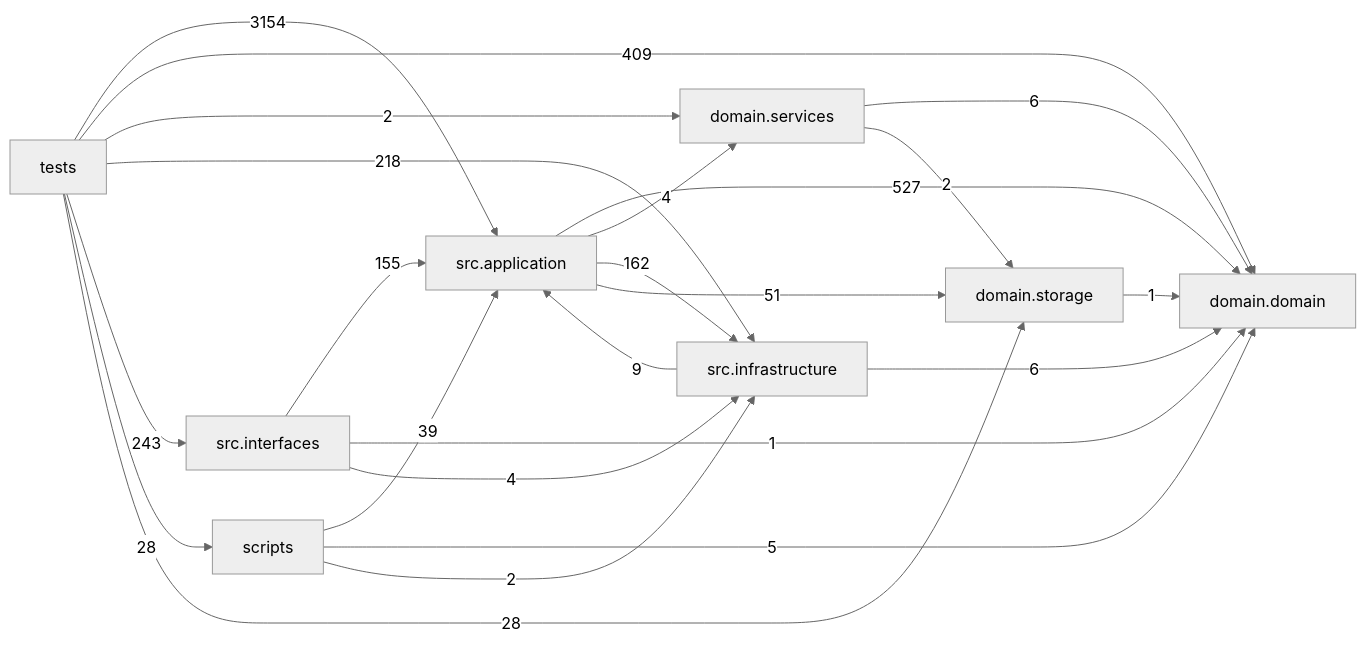
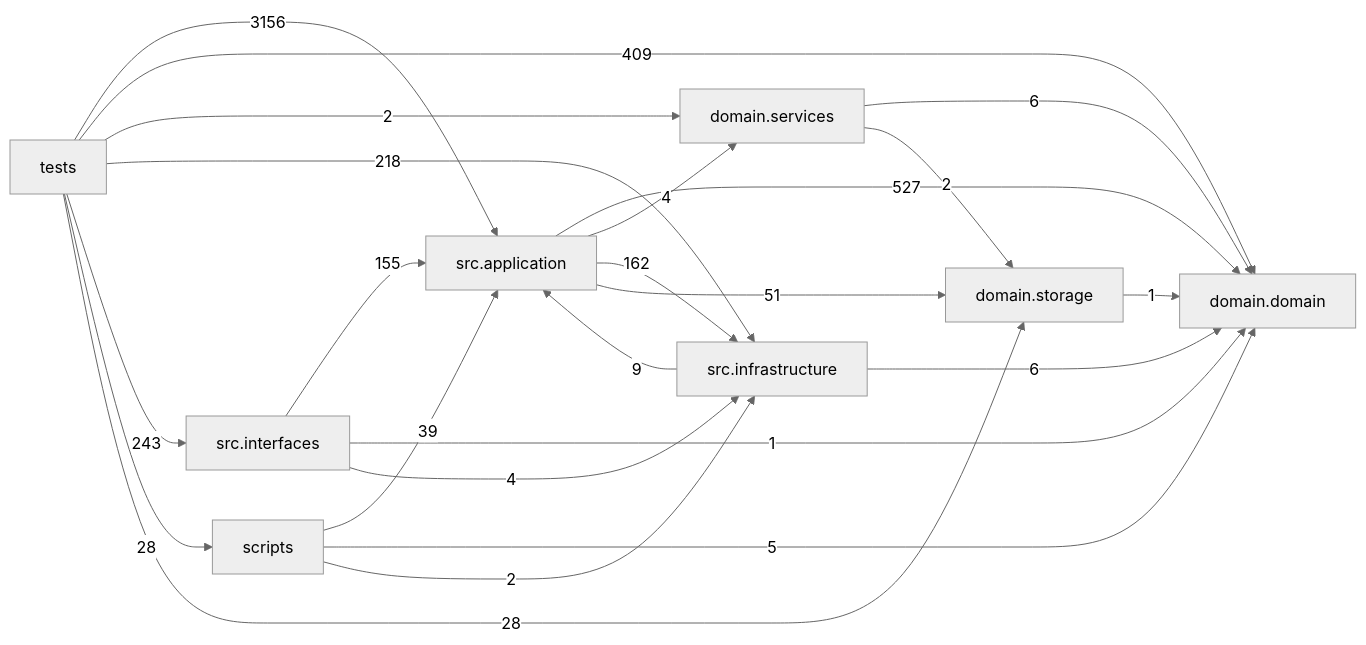
Before and after one commit to liuxie066/options-monitor: the diagram in docs/DEPENDENCY_GRAPH.md, drawn with Mermaid (neutral theme). The commit also changed other lines of this file and 5 other files, not shown here.

````diff
--- a/docs/DEPENDENCY_GRAPH.md
+++ b/docs/DEPENDENCY_GRAPH.md
@@ -24,33 +24,33 @@
 ```mermaid
 flowchart LR
   tests["tests"]
   scripts["scripts"]
   interfaces["src.interfaces"]
   application["src.application"]
   infrastructure["src.infrastructure"]
   domain_services["domain.services"]
   domain["domain.domain"]
   storage["domain.storage"]
   application -->|527| domain
   application -->|4| domain_services
   application -->|162| infrastructure
   application -->|51| storage
   domain_services -->|6| domain
   domain_services -->|2| storage
   infrastructure -->|9| application
   infrastructure -->|6| domain
   interfaces -->|155| application
   interfaces -->|1| domain
   interfaces -->|4| infrastructure
   scripts -->|39| application
   scripts -->|5| domain
   scripts -->|2| infrastructure
   storage -->|1| domain
-  tests -->|3154| application
+  tests -->|3156| application
   tests -->|409| domain
   tests -->|2| domain_services
   tests -->|218| infrastructure
   tests -->|243| interfaces
   tests -->|28| scripts
   tests -->|28| storage
 ```
````
